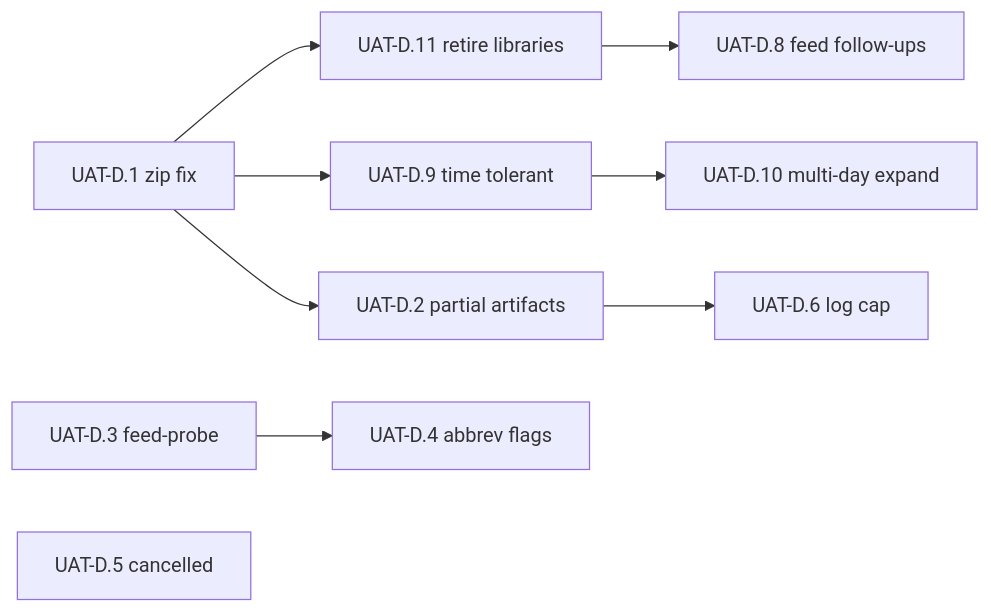
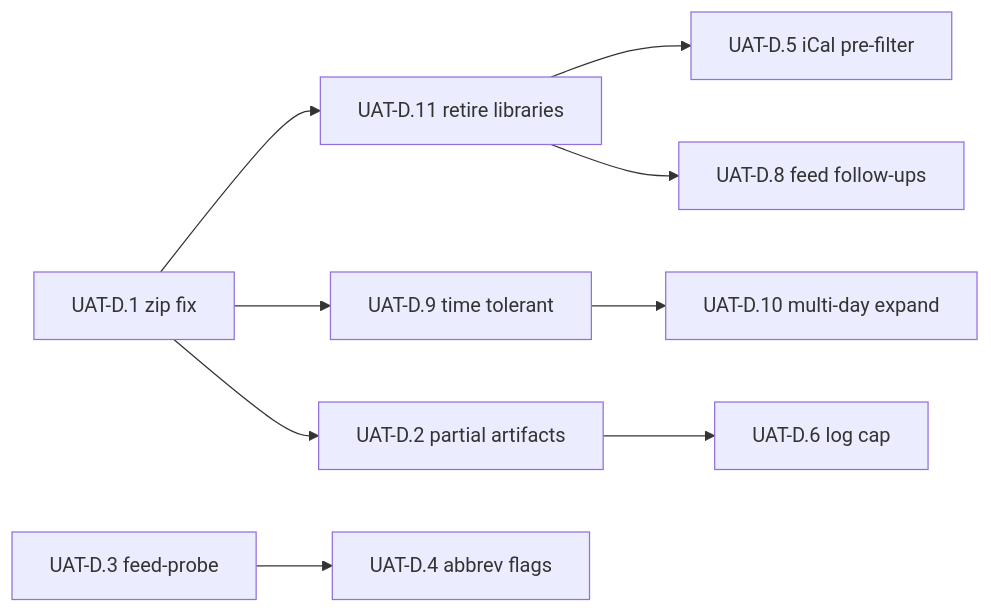
Before and after one commit to Morgan-Sell/scene-scout: the third of 3 diagrams in docs/260629_uat_debug_plan.md, drawn with Mermaid. The commit also changed other lines of this file and 9 other files, not shown here.

````diff
--- a/docs/260629_uat_debug_plan.md
+++ b/docs/260629_uat_debug_plan.md
@@ -421,20 +432,21 @@
 ```mermaid
 flowchart LR
   D1[UAT-D.1 zip fix]
   D11[UAT-D.11 retire libraries]
   D9[UAT-D.9 time tolerant]
   D10[UAT-D.10 multi-day expand]
   D2[UAT-D.2 partial artifacts]
   D3[UAT-D.3 feed-probe]
   D4[UAT-D.4 abbrev flags]
   D6[UAT-D.6 log cap]
   D8[UAT-D.8 feed follow-ups]
-  D5[UAT-D.5 cancelled]
+  D5[UAT-D.5 iCal pre-filter]
   D1 --> D11
+  D11 --> D5
   D1 --> D9
   D9 --> D10
   D11 --> D8
   D1 --> D2
   D2 --> D6
   D3 --> D4
 ```
````
